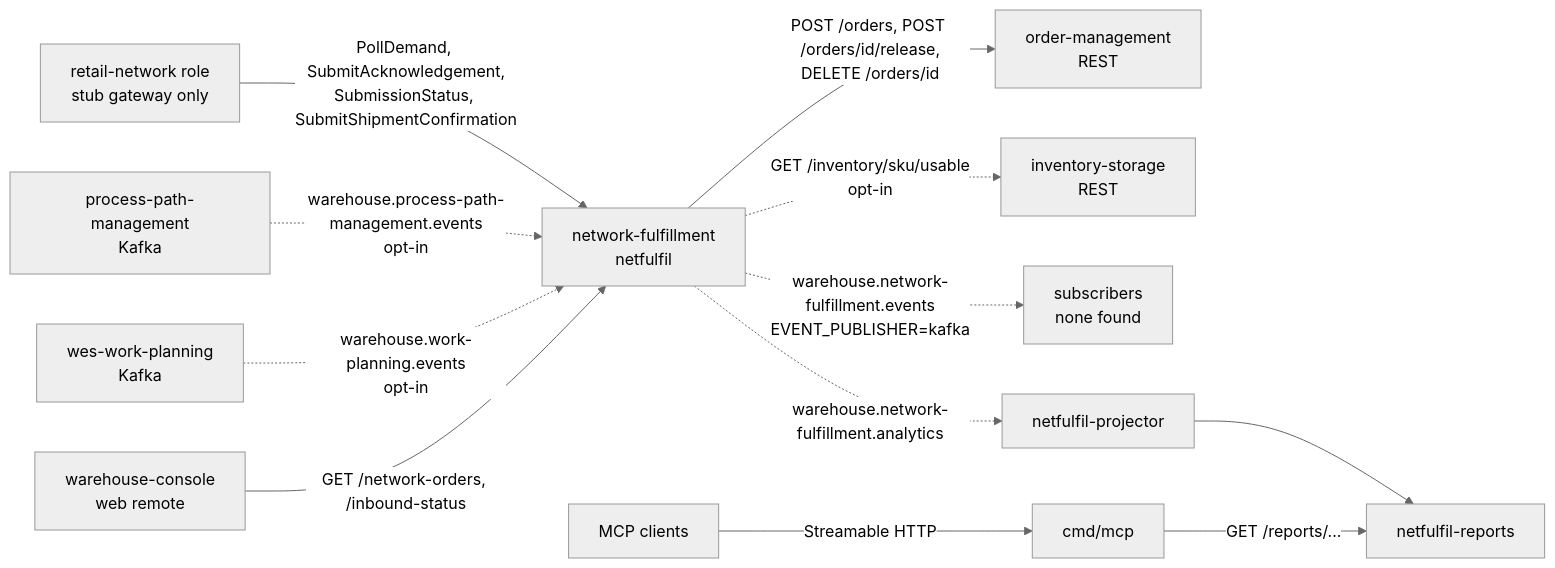
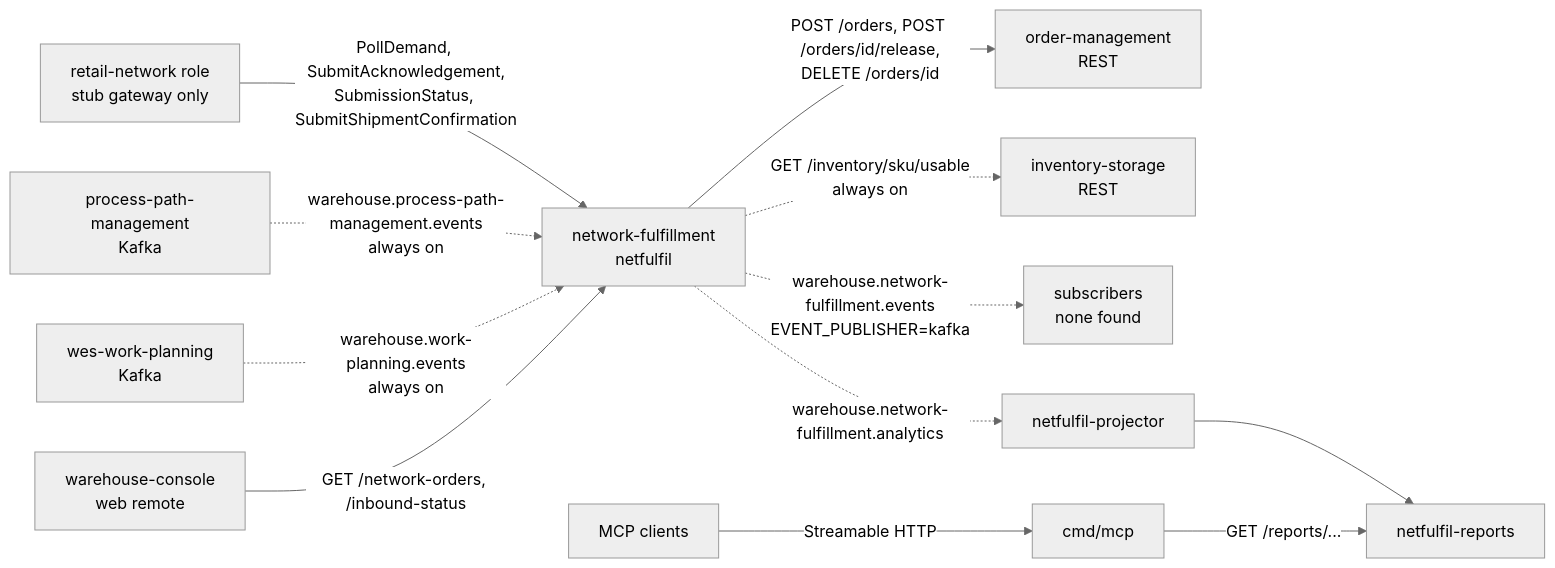
Before and after one commit to IQVO/network-fulfillment: the diagram in docs/ecosystem/integration.md, drawn with Mermaid (neutral theme). The commit also changed other lines of this file and 10 other files, not shown here.

````diff
--- a/docs/ecosystem/integration.md
+++ b/docs/ecosystem/integration.md
@@ -18,27 +18,27 @@
 ```mermaid
 flowchart LR
     RN["retail-network role<br/>stub gateway only"]
     OM["order-management<br/>REST"]
     INV["inventory-storage<br/>REST"]
     PPM["process-path-management<br/>Kafka"]
     WWP["wes-work-planning<br/>Kafka"]
     NF["network-fulfillment<br/>netfulfil"]
     MCP["cmd/mcp"]
     PROJ["netfulfil-projector"]
     REP["netfulfil-reports"]
     CON["warehouse-console<br/>web remote"]
     AGT["MCP clients"]
     SUB["subscribers<br/>none found"]
 
     RN -->|"PollDemand, SubmitAcknowledgement,<br/>SubmissionStatus, SubmitShipmentConfirmation"| NF
     NF -->|"POST /orders, POST /orders/id/release,<br/>DELETE /orders/id"| OM
-    NF -.->|"GET /inventory/sku/usable<br/>opt-in"| INV
-    PPM -.->|"warehouse.process-path-management.events<br/>opt-in"| NF
-    WWP -.->|"warehouse.work-planning.events<br/>opt-in"| NF
+    NF -.->|"GET /inventory/sku/usable<br/>always on"| INV
+    PPM -.->|"warehouse.process-path-management.events<br/>always on"| NF
+    WWP -.->|"warehouse.work-planning.events<br/>always on"| NF
     NF -.->|"warehouse.network-fulfillment.events<br/>EVENT_PUBLISHER=kafka"| SUB
     NF -.->|"warehouse.network-fulfillment.analytics"| PROJ
     PROJ --> REP
     CON -->|"GET /network-orders, /inbound-status"| NF
     AGT -->|"Streamable HTTP"| MCP
     MCP -->|"GET /reports/..."| REP
 ```
````
